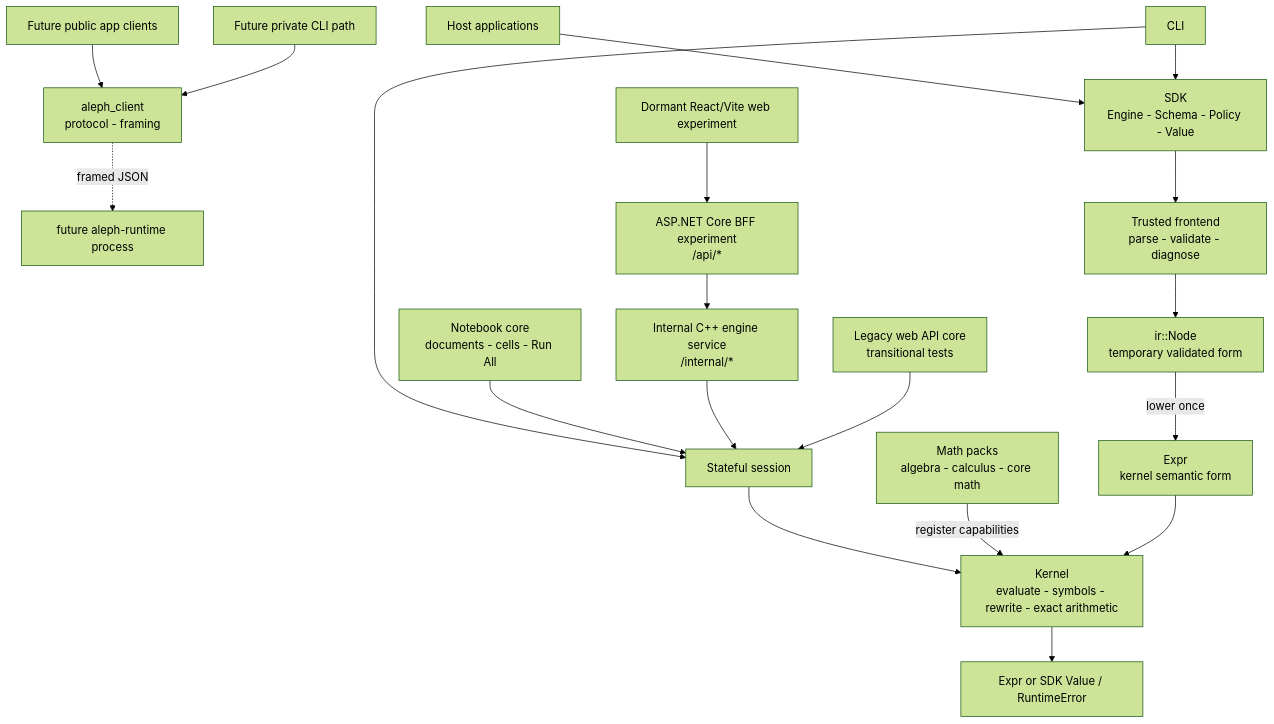
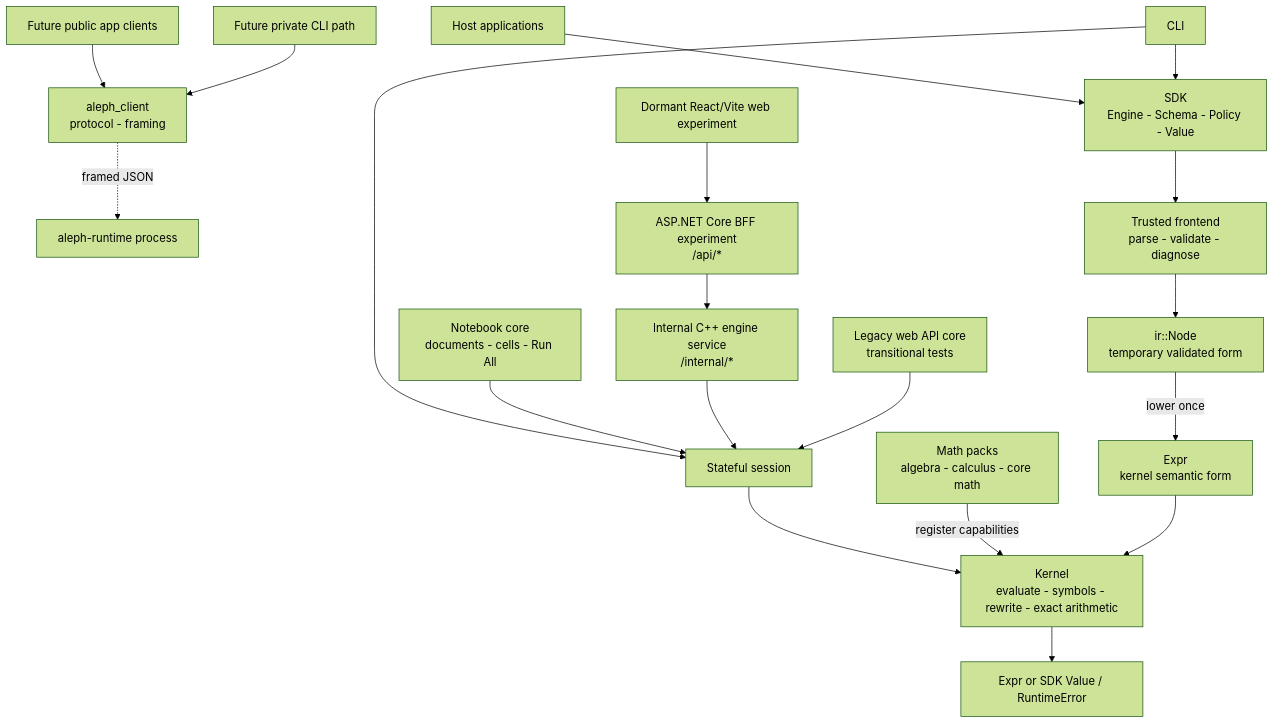
One commit to sergiorf/aleph3 changed the first of 10 diagrams in docs/architecture.md. Above: the diagram before and after it, drawn with Mermaid (forest theme). The commit also changed other lines of this file and 14 other files, not shown here.

First line of the commit message:
Implement private aleph-runtime protocol server

````diff
--- a/docs/architecture.md
+++ b/docs/architecture.md
@@ -20,21 +20,21 @@
 ```mermaid
 flowchart TB
     Host["Host applications"] --> SDK["SDK<br/>Engine - Schema - Policy - Value"]
     AppClient["Future public app clients"] --> AlephClient["aleph_client<br/>protocol - framing"]
     PrivateCLI["Future private CLI path"] --> AlephClient
-    AlephClient -. framed JSON .-> RuntimeProcess["future aleph-runtime process"]
+    AlephClient -. framed JSON .-> RuntimeProcess["aleph-runtime process"]
     CLI["CLI"] --> Session["Stateful session"]
     Notebook["Notebook core<br/>documents - cells - Run All"] --> Session
     WebFrontend["Dormant React/Vite web experiment"] --> BFF["ASP.NET Core BFF experiment<br/>/api/*"]
     BFF --> EngineSvc["Internal C++ engine service<br/>/internal/*"]
     EngineSvc --> Session
     WebApi["Legacy web API core<br/>transitional tests"] --> Session
     Session --> Kernel
     CLI --> SDK
     SDK --> Frontend["Trusted frontend<br/>parse - validate - diagnose"]
     Frontend --> IR["ir::Node<br/>temporary validated form"]
     IR -->|lower once| Expr["Expr<br/>kernel semantic form"]
     Packs["Math packs<br/>algebra - calculus - core math"] -->|register capabilities| Kernel
     Expr --> Kernel["Kernel<br/>evaluate - symbols - rewrite - exact arithmetic"]
     Kernel --> Result["Expr or SDK Value / RuntimeError"]
 ```
````
